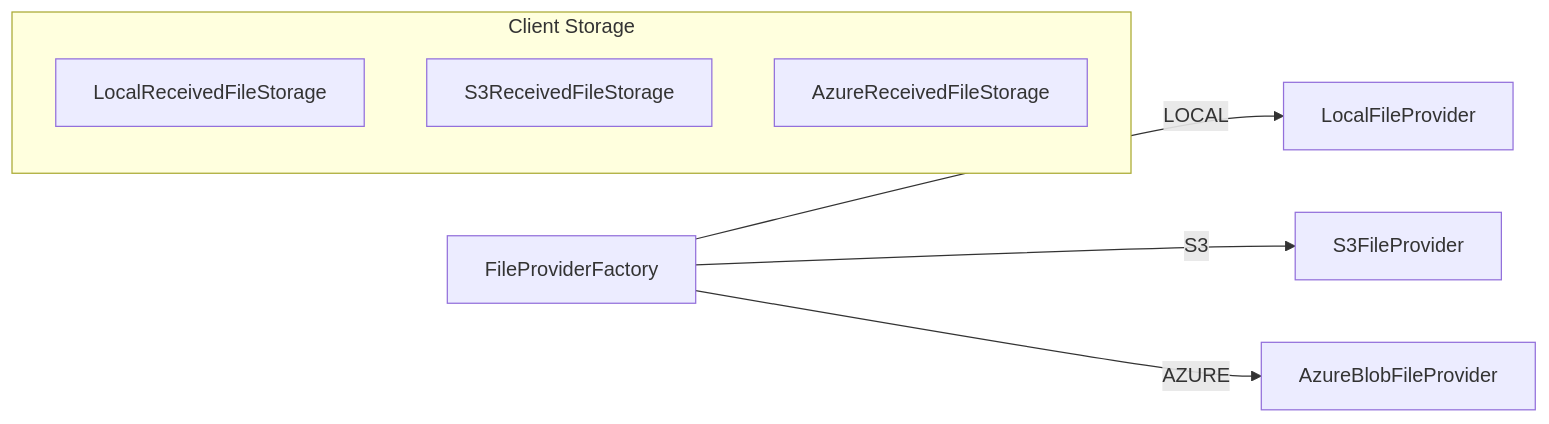
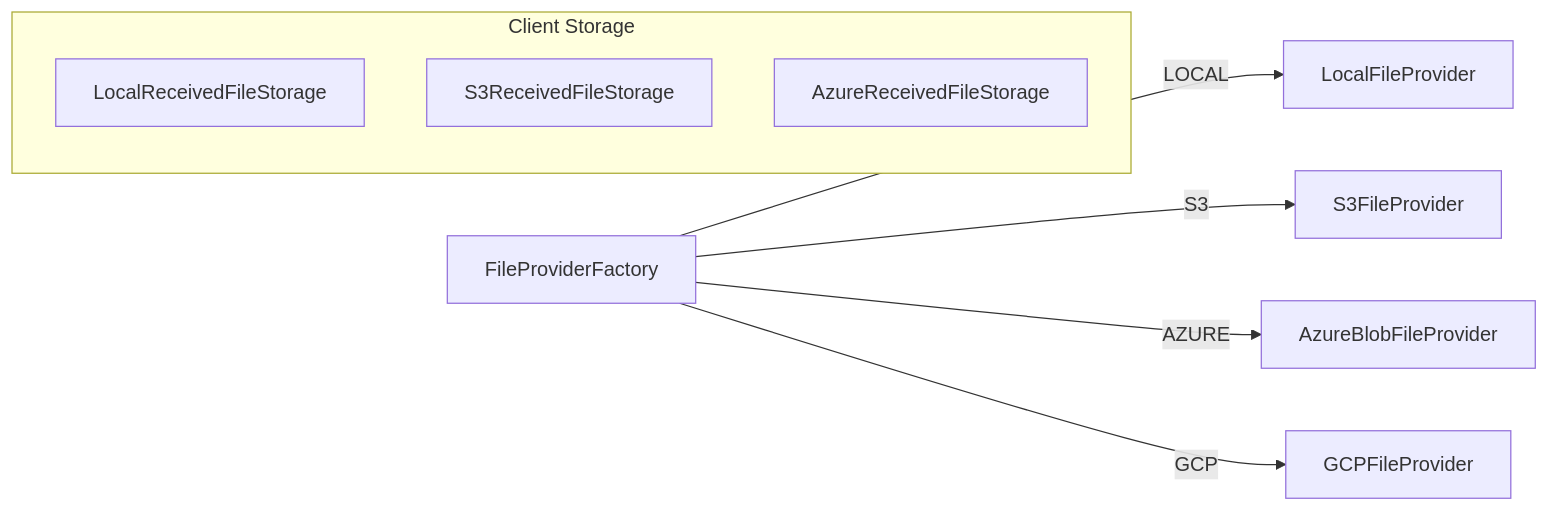
Before and after one commit to National-Digital-Twin/federator: the fifth of 10 diagrams in docs/FILE_STREAMINING_README.md, drawn with Mermaid. The commit also changed other lines of this file and 11 other files, not shown here.

````diff
--- a/docs/FILE_STREAMINING_README.md
+++ b/docs/FILE_STREAMINING_README.md
@@ -360,11 +408,12 @@
 ```mermaid
 flowchart LR
     FP[FileProviderFactory] -->|LOCAL| L[LocalFileProvider]
     FP -->|S3| S[S3FileProvider]
     FP -->|AZURE| A[AzureBlobFileProvider]
+    FP -->|GCP| G[GCPFileProvider]
     subgraph Client Storage
       CS1[LocalReceivedFileStorage]
       CS2[S3ReceivedFileStorage]
       CS3[AzureReceivedFileStorage]
     end
 ```
````
